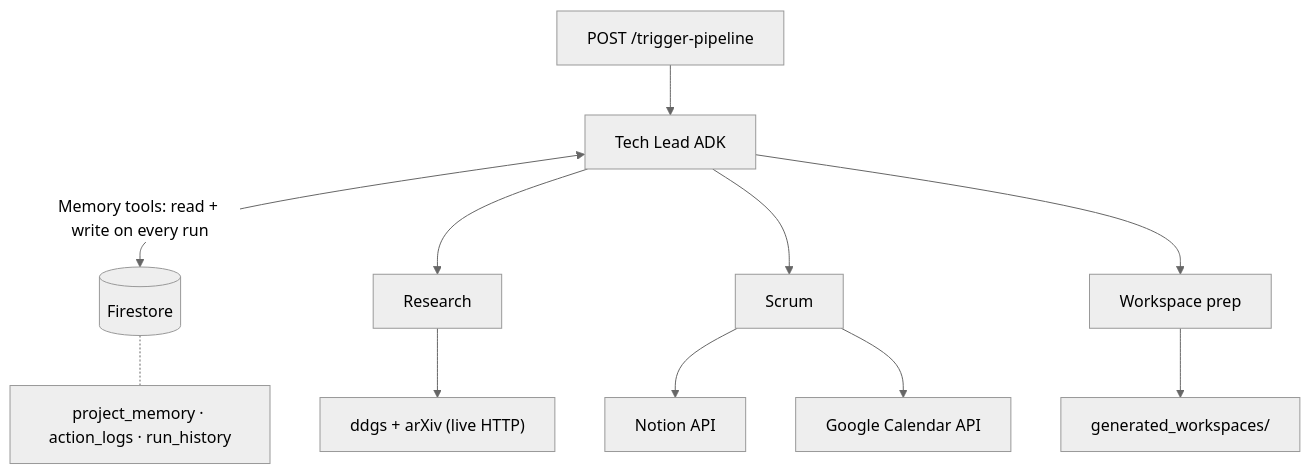
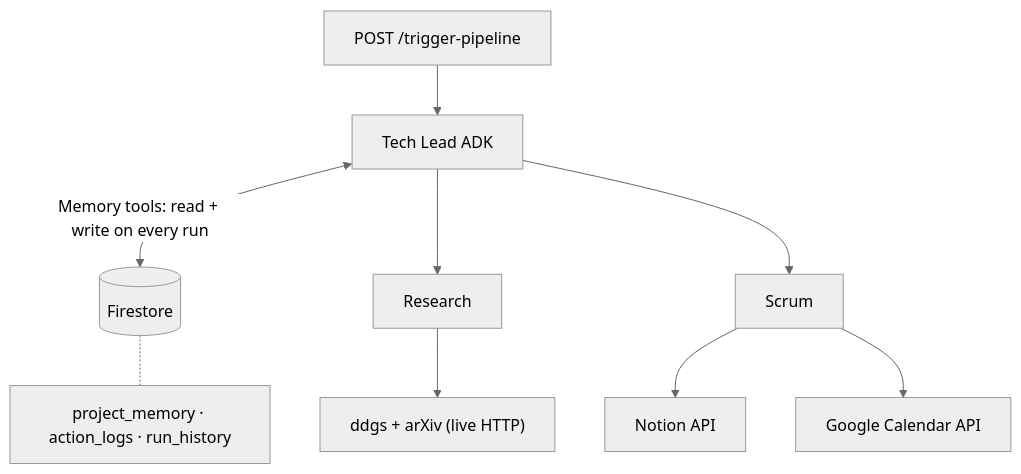
The diagram in README.md (FANGxPC/autonomous-rnd-system), drawn with Mermaid (neutral theme) before and after one commit.

````diff
--- a/README.md
+++ b/README.md
@@ -28,17 +28,14 @@
 ```mermaid
 flowchart TB
   API["POST /trigger-pipeline"] --> TL[Tech Lead ADK]
 
   TL <-->|"Memory tools: read + write on every run"| FS[(Firestore)]
   FS -.- MEM["project_memory · action_logs · run_history"]
 
   TL --> R[Research]
   R --> WEB["ddgs + arXiv (live HTTP)"]
 
   TL --> S[Scrum]
   S --> N[Notion API]
   S --> GC[Google Calendar API]
-
-  TL --> WP[Workspace prep]
-  WP --> DISK["generated_workspaces/"]
 ```
````
